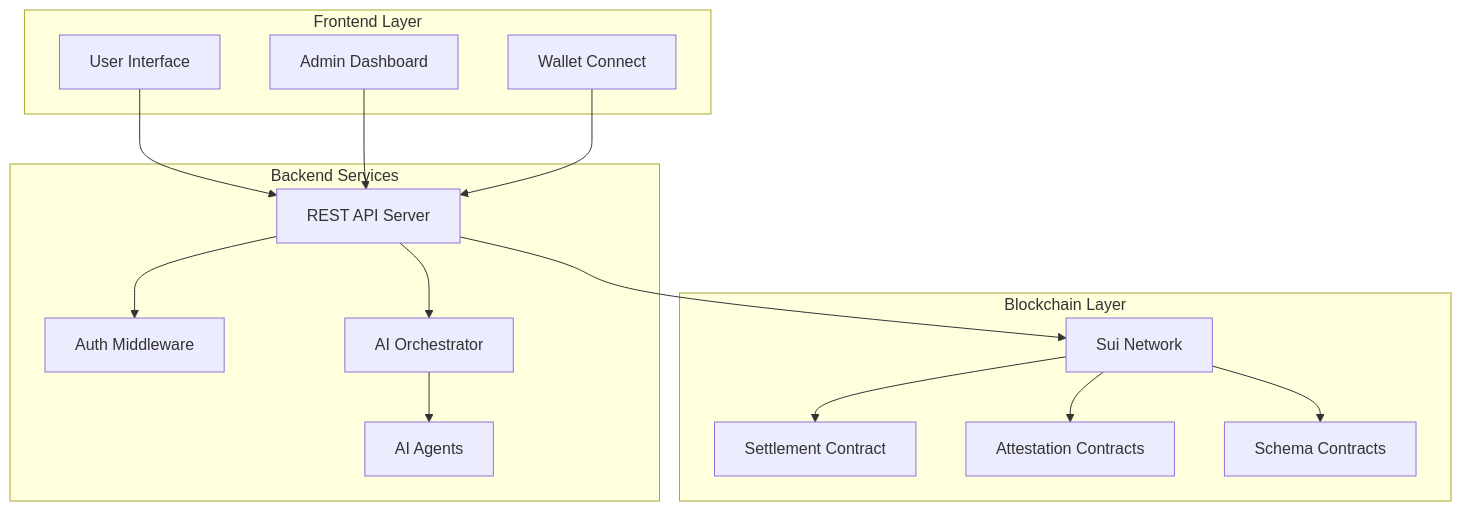
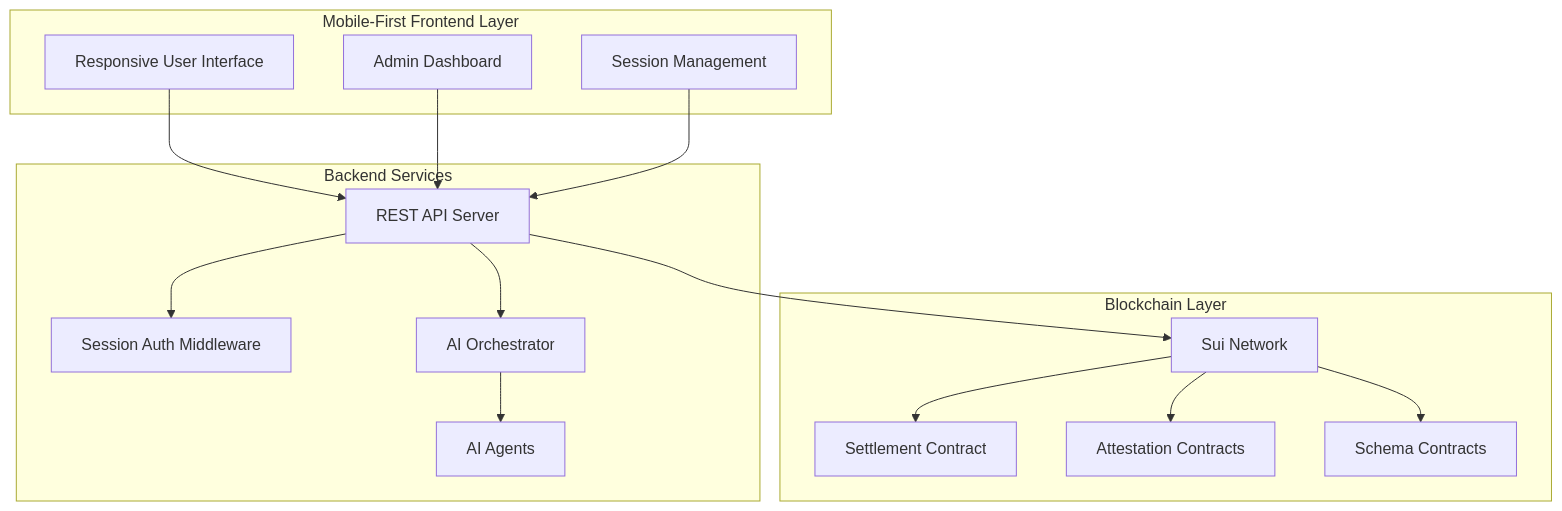
Before and after one commit to hieudepoet/Insurix: the first of 6 diagrams in .qoder/repowiki/en/content/Deployment Guide/Demo Walkthrough Guide.md, drawn with Mermaid. The commit also changed other lines of this file and 63 other files, not shown here.

````diff
--- a/.qoder/repowiki/en/content/Deployment Guide/Demo Walkthrough Guide.md
+++ b/.qoder/repowiki/en/content/Deployment Guide/Demo Walkthrough Guide.md
@@ -68,30 +69,30 @@
 ```mermaid
 graph TB
-subgraph "Frontend Layer"
-UI[User Interface]
+subgraph "Mobile-First Frontend Layer"
+UI[Responsive User Interface]
 Admin[Admin Dashboard]
-Wallet[Wallet Connect]
+Session[Session Management]
 end
 subgraph "Backend Services"
 API[REST API Server]
-Auth[Auth Middleware]
+Auth[Session Auth Middleware]
 Orchestrator[AI Orchestrator]
 Agents[AI Agents]
 end
 subgraph "Blockchain Layer"
 Sui[Sui Network]
 Settlement[Settlement Contract]
 Attestations[Attestation Contracts]
 Schemas[Schema Contracts]
 end
 UI --> API
 Admin --> API
-Wallet --> API
+Session --> API
 API --> Auth
 API --> Orchestrator
 Orchestrator --> Agents
 API --> Sui
 Sui --> Settlement
 Sui --> Attestations
 Sui --> Schemas
 ```
````
